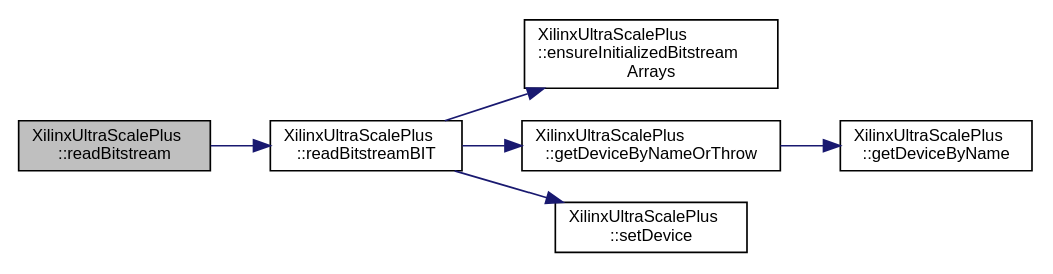
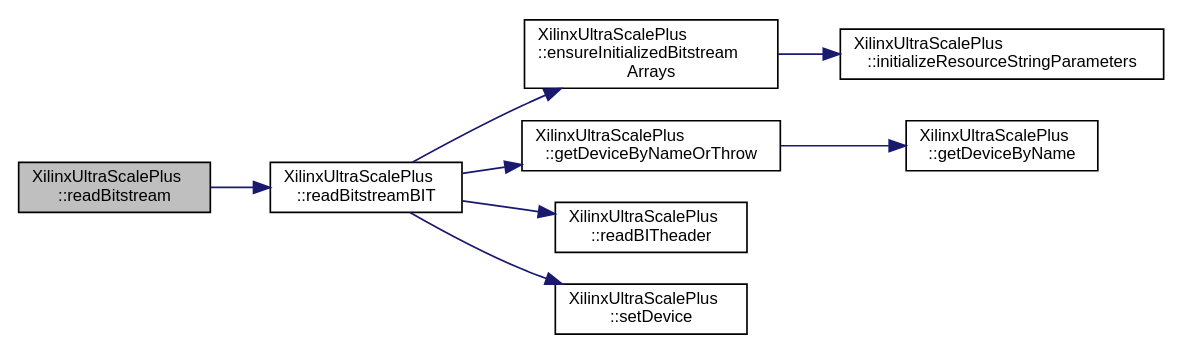
One commit to FPGA-Research-Manchester/byteman changed the diagram in classXilinxUltraScalePlus_a0e5d08a2e5c37a29a1a04d50b48739d2_cgraph.dot. Above: the diagram before and after it, drawn with Graphviz. The commit also changed 566 other files, not shown here.

```diff
--- a/classXilinxUltraScalePlus_a0e5d08a2e5c37a29a1a04d50b48739d2_cgraph.dot
+++ b/classXilinxUltraScalePlus_a0e5d08a2e5c37a29a1a04d50b48739d2_cgraph.dot
@@ -1,19 +1,23 @@
 digraph "XilinxUltraScalePlus::readBitstream"
 {
  // INTERACTIVE_SVG=YES
  // LATEX_PDF_SIZE
   edge [fontname="Helvetica",fontsize="10",labelfontname="Helvetica",labelfontsize="10"];
   node [fontname="Helvetica",fontsize="10",shape=record];
   rankdir="LR";
   Node1 [label="XilinxUltraScalePlus\l::readBitstream",height=0.2,width=0.4,color="black", fillcolor="grey75", style="filled", fontcolor="black",tooltip=" "];
   Node1 -> Node2 [color="midnightblue",fontsize="10",style="solid",fontname="Helvetica"];
-  Node2 [label="XilinxUltraScalePlus\l::readBitstreamBIT",height=0.2,width=0.4,color="black", fillcolor="white", style="filled",URL="$classXilinxUltraScalePlus.html#a769ebbdec0576b08602bbc49f9d6ceef",tooltip=" "];
+  Node2 [label="XilinxUltraScalePlus\l::readBitstreamBIT",height=0.2,width=0.4,color="black", fillcolor="white", style="filled",URL="$classXilinxUltraScalePlus.html#a62dea738808396d7d520f26d8e5594d2",tooltip=" "];
   Node2 -> Node3 [color="midnightblue",fontsize="10",style="solid",fontname="Helvetica"];
   Node3 [label="XilinxUltraScalePlus\l::ensureInitializedBitstream\lArrays",height=0.2,width=0.4,color="black", fillcolor="white", style="filled",URL="$classXilinxUltraScalePlus.html#a8dcdd76d3e0d12a68a8b5dfdbee74ce2",tooltip=" "];
-  Node2 -> Node4 [color="midnightblue",fontsize="10",style="solid",fontname="Helvetica"];
-  Node4 [label="XilinxUltraScalePlus\l::getDeviceByNameOrThrow",height=0.2,width=0.4,color="black", fillcolor="white", style="filled",URL="$classXilinxUltraScalePlus.html#aa7161a5191cf43caf46263dbc82a45ef",tooltip=" "];
-  Node4 -> Node5 [color="midnightblue",fontsize="10",style="solid",fontname="Helvetica"];
-  Node5 [label="XilinxUltraScalePlus\l::getDeviceByName",height=0.2,width=0.4,color="black", fillcolor="white", style="filled",URL="$classXilinxUltraScalePlus.html#aff5435669bcff7d1a37611e13d32a3f4",tooltip=" "];
-  Node2 -> Node6 [color="midnightblue",fontsize="10",style="solid",fontname="Helvetica"];
-  Node6 [label="XilinxUltraScalePlus\l::setDevice",height=0.2,width=0.4,color="black", fillcolor="white", style="filled",URL="$classXilinxUltraScalePlus.html#a762297dd90b02efcbb4a4aa0274dd34b",tooltip=" "];
+  Node3 -> Node4 [color="midnightblue",fontsize="10",style="solid",fontname="Helvetica"];
+  Node4 [label="XilinxUltraScalePlus\l::initializeResourceStringParameters",height=0.2,width=0.4,color="black", fillcolor="white", style="filled",URL="$classXilinxUltraScalePlus.html#ac32e568fe37e12bfc1509b4d690528b6",tooltip=" "];
+  Node2 -> Node5 [color="midnightblue",fontsize="10",style="solid",fontname="Helvetica"];
+  Node5 [label="XilinxUltraScalePlus\l::getDeviceByNameOrThrow",height=0.2,width=0.4,color="black", fillcolor="white", style="filled",URL="$classXilinxUltraScalePlus.html#aa7161a5191cf43caf46263dbc82a45ef",tooltip=" "];
+  Node5 -> Node6 [color="midnightblue",fontsize="10",style="solid",fontname="Helvetica"];
+  Node6 [label="XilinxUltraScalePlus\l::getDeviceByName",height=0.2,width=0.4,color="black", fillcolor="white", style="filled",URL="$classXilinxUltraScalePlus.html#aff5435669bcff7d1a37611e13d32a3f4",tooltip=" "];
+  Node2 -> Node7 [color="midnightblue",fontsize="10",style="solid",fontname="Helvetica"];
+  Node7 [label="XilinxUltraScalePlus\l::readBITheader",height=0.2,width=0.4,color="black", fillcolor="white", style="filled",URL="$classXilinxUltraScalePlus.html#a89998c86d0b46138b64ba444395ec7ef",tooltip=" "];
+  Node2 -> Node8 [color="midnightblue",fontsize="10",style="solid",fontname="Helvetica"];
+  Node8 [label="XilinxUltraScalePlus\l::setDevice",height=0.2,width=0.4,color="black", fillcolor="white", style="filled",URL="$classXilinxUltraScalePlus.html#a762297dd90b02efcbb4a4aa0274dd34b",tooltip=" "];
 }
```
